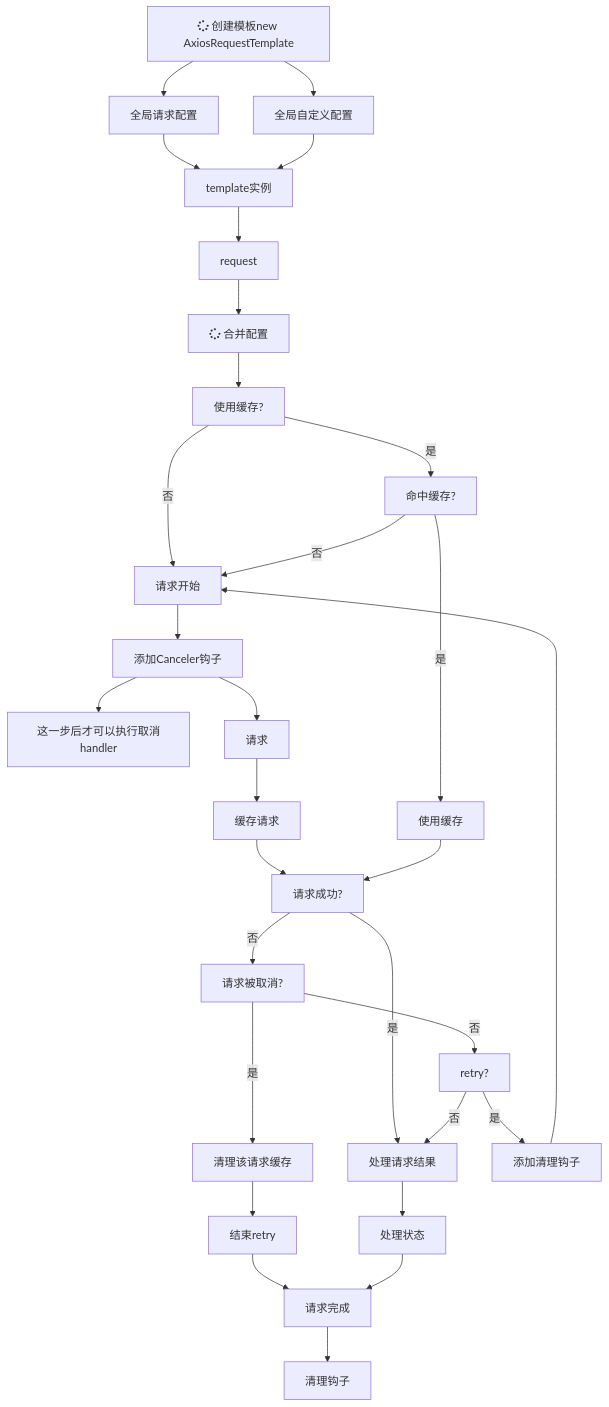
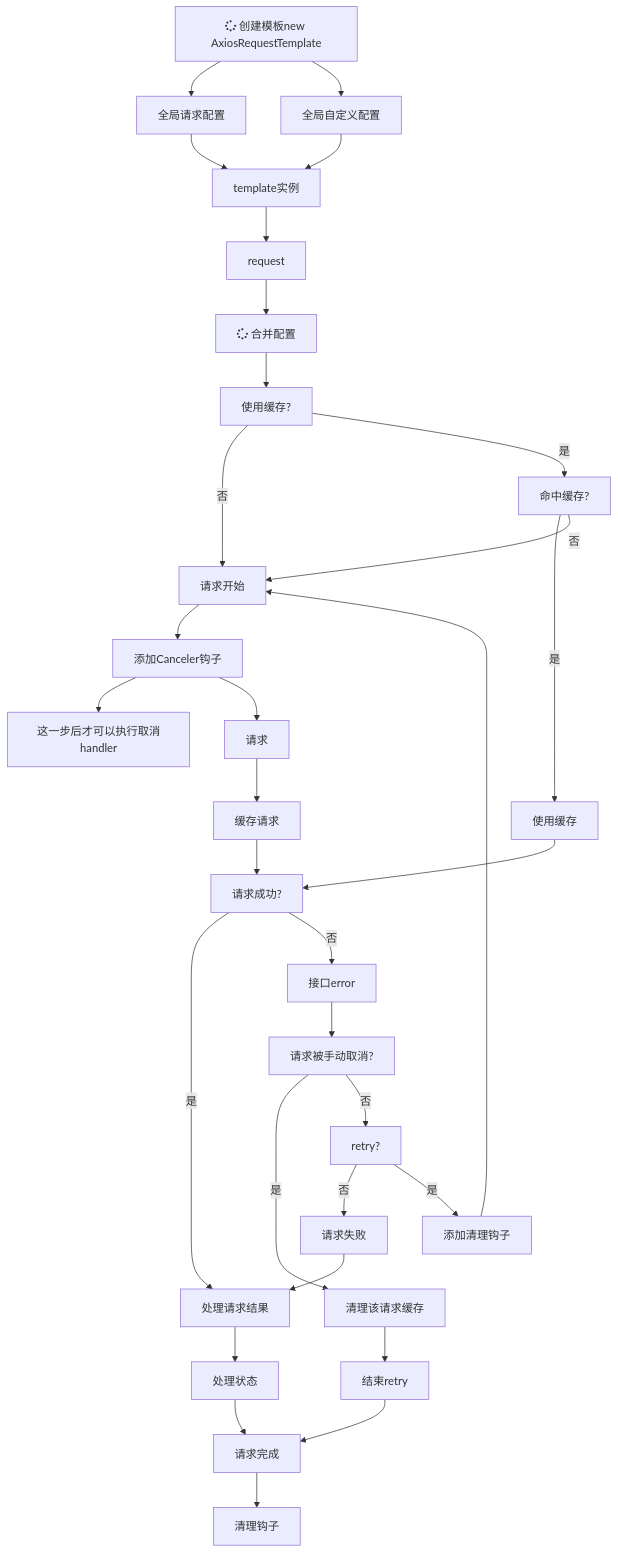
One commit to mengxinssfd/request-template changed the diagram in docs/article.md. Above: the diagram before and after it, drawn with Mermaid. The commit also changed other lines of this file, not shown here.

````diff
--- a/docs/article.md
+++ b/docs/article.md
@@ -63,42 +85,42 @@
 ```mermaid
 flowchart
 MergeConfig[fa:fa-spinner 合并配置]
 CreateTemplate[fa:fa-spinner 创建模板new AxiosRequestTemplate]
 GlobalRequestConfig[全局请求配置]
 GlobalCustomConfig[全局自定义配置]
 
 
 CreateTemplate --> GlobalRequestConfig --> template实例
 CreateTemplate --> GlobalCustomConfig --> template实例
 
 
 template实例 --> request
 
 
 request --> MergeConfig --> 使用缓存?
 
 添加Canceler钩子 --> 这一步后才可以执行取消handler
 
 使用缓存? --> |否| 请求开始 --> 添加Canceler钩子  --> 请求 -->  缓存请求  --> 请求成功?
 
 使用缓存? --> |是| 命中缓存?
 
 命中缓存?  --> |是| 使用缓存 --> 请求成功?
 命中缓存?  --> |否| 请求开始
 
 
 请求成功? --> |是| 处理请求结果
-请求成功? --> |否| 请求被取消? --> |是| 清理该请求缓存 --> 结束retry --> 请求完成
-请求被取消? --> |否| retry?
+请求成功? --> |否| 接口error --> 请求被手动取消? --> |是| 清理该请求缓存 --> 结束retry --> 请求完成
+请求被手动取消? --> |否| retry?
 
-retry? --> |否| 处理请求结果
+retry? --> |否| 请求失败 --> 处理请求结果
 retry? --> |是| 添加清理钩子 --> 请求开始
 
 
 处理请求结果 --> 处理状态 --> 请求完成 --> 清理钩子
 
 
 
 
 
 ```
````
